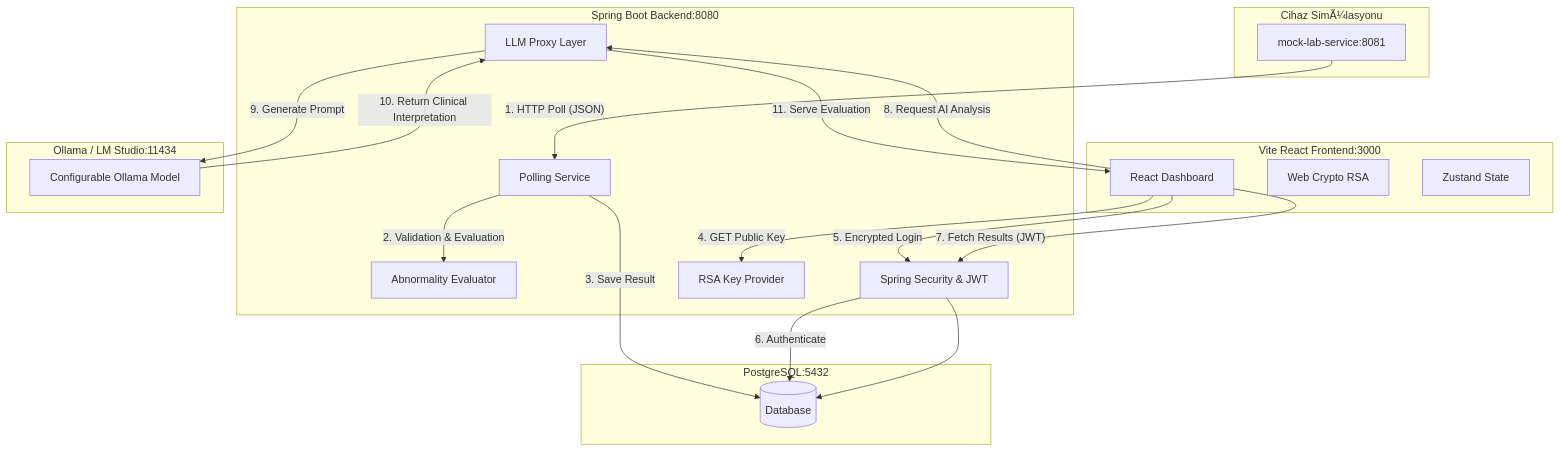
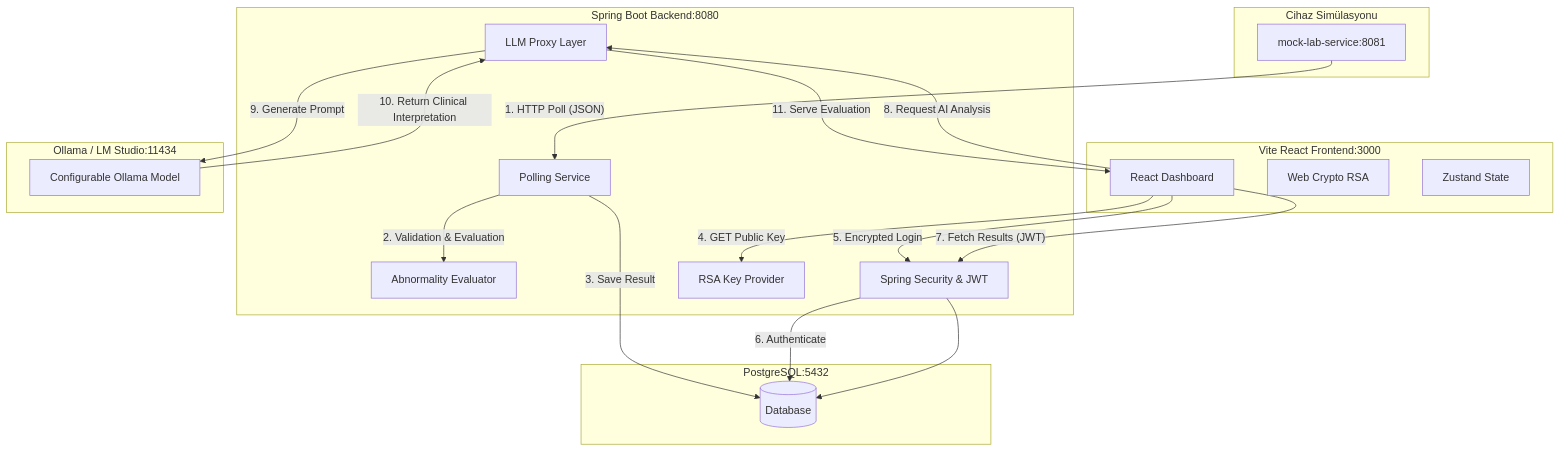
One commit to ecaliskaner/Lab_Sonuclari_Akilli_Asistani changed the diagram in README.md. Above: the diagram before and after it, drawn with Mermaid. The commit also changed other lines of this file and 2 other files, not shown here.

````diff
--- a/README.md
+++ b/README.md
@@ -11,42 +11,42 @@
 ```mermaid
 graph TD
-    subgraph MOCK_DEVICE ["Cihaz SimÃ¼lasyonu"]
+    subgraph MOCK_DEVICE ["Cihaz Simülasyonu"]
         MD[mock-lab-service:8081]
     end
 
     subgraph BACKEND ["Spring Boot Backend:8080"]
         PS[Polling Service]
         AE[Abnormality Evaluator]
         SEC[Spring Security & JWT]
         RSA[RSA Key Provider]
         LLM[LLM Proxy Layer]
     end
 
     subgraph DB ["PostgreSQL:5432"]
         PG[(Database)]
     end
 
     subgraph FRONTEND ["Vite React Frontend:3000"]
         UI[React Dashboard]
         CR[Web Crypto RSA]
         ZS[Zustand State]
     end
 
     subgraph AI ["Ollama / LM Studio:11434"]
         OL[Configurable Ollama Model]
     end
 
     %% Data Flows
     MD -- "1. HTTP Poll (JSON)" --> PS
     PS -- "2. Validation & Evaluation" --> AE
     PS -- "3. Save Result" --> PG
     UI -- "4. GET Public Key" --> RSA
     UI -- "5. Encrypted Login" --> SEC
     SEC -- "6. Authenticate" --> PG
     UI -- "7. Fetch Results (JWT)" --> SEC
     SEC --> PG
     UI -- "8. Request AI Analysis" --> LLM
     LLM -- "9. Generate Prompt" --> OL
     OL -- "10. Return Clinical Interpretation" --> LLM
     LLM -- "11. Serve Evaluation" --> UI
 ```
````
